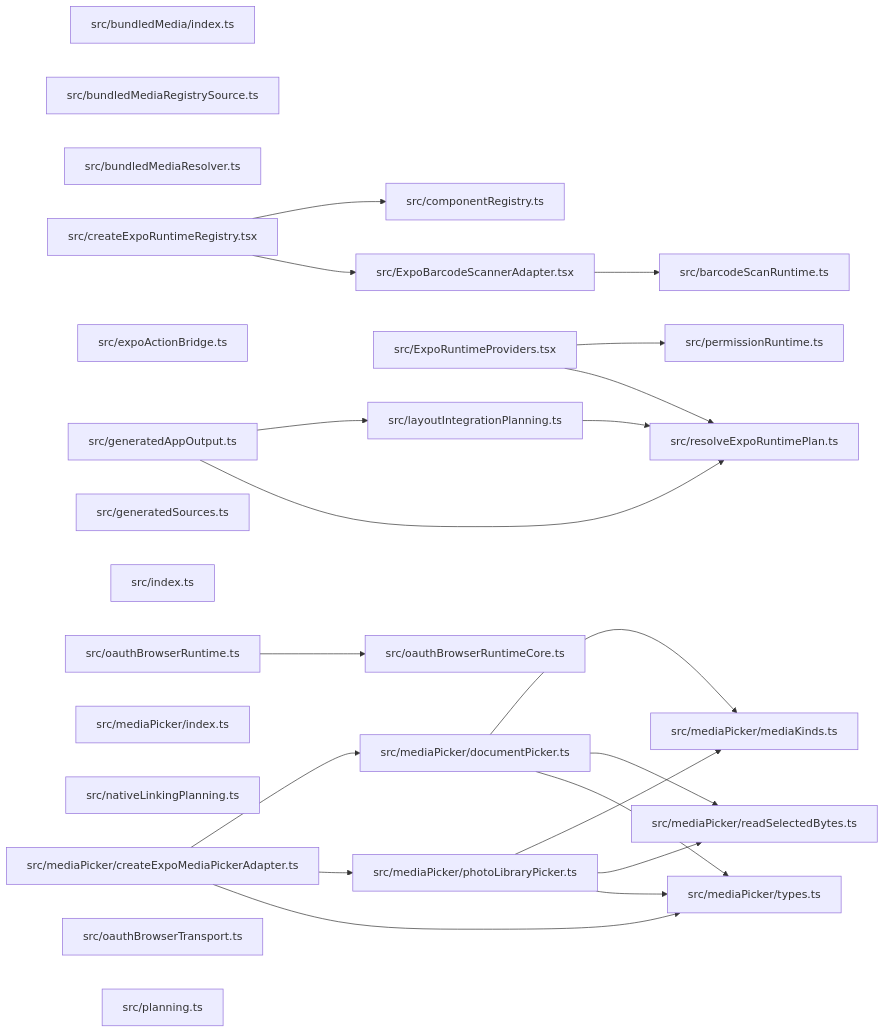
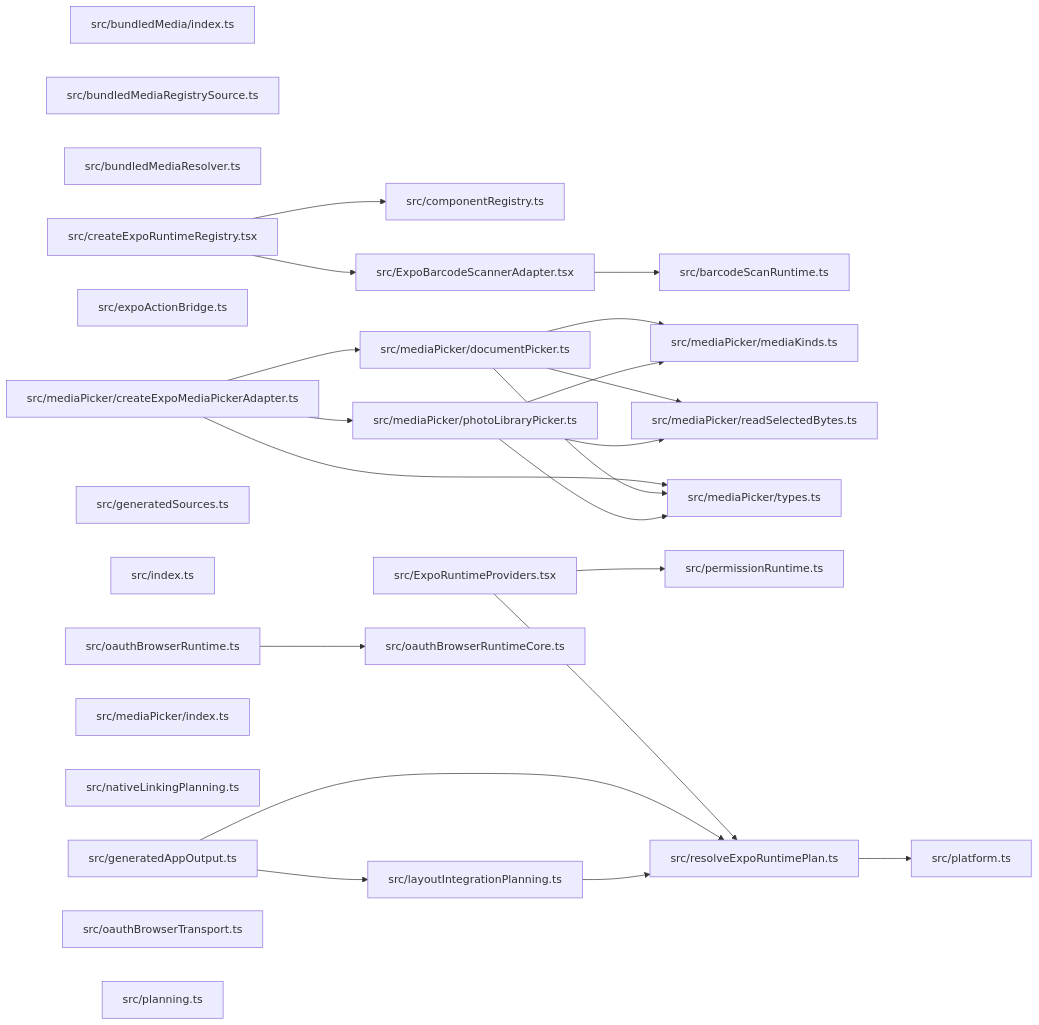
One commit to ankhorage/expo-runtime changed the diagram in paradox/diagrams/module-relationships.mmd. Above: the diagram before and after it, drawn with Mermaid. The commit also changed 33 other files, not shown here.

Commit message:
feat: establish Expo 57 platform authority

```diff
--- a/paradox/diagrams/module-relationships.mmd
+++ b/paradox/diagrams/module-relationships.mmd
@@ -1,46 +1,48 @@
 graph LR
   module_src_barcodeScanRuntime_ts["src/barcodeScanRuntime.ts"]
   module_src_bundledMedia_index_ts["src/bundledMedia/index.ts"]
   module_src_bundledMediaRegistrySource_ts["src/bundledMediaRegistrySource.ts"]
   module_src_bundledMediaResolver_ts["src/bundledMediaResolver.ts"]
   module_src_componentRegistry_ts["src/componentRegistry.ts"]
   module_src_createExpoRuntimeRegistry_tsx["src/createExpoRuntimeRegistry.tsx"]
   module_src_expoActionBridge_ts["src/expoActionBridge.ts"]
   module_src_ExpoBarcodeScannerAdapter_tsx["src/ExpoBarcodeScannerAdapter.tsx"]
   module_src_ExpoRuntimeProviders_tsx["src/ExpoRuntimeProviders.tsx"]
   module_src_generatedAppOutput_ts["src/generatedAppOutput.ts"]
   module_src_generatedSources_ts["src/generatedSources.ts"]
   module_src_index_ts["src/index.ts"]
   module_src_layoutIntegrationPlanning_ts["src/layoutIntegrationPlanning.ts"]
   module_src_mediaPicker_createExpoMediaPickerAdapter_ts["src/mediaPicker/createExpoMediaPickerAdapter.ts"]
   module_src_mediaPicker_documentPicker_ts["src/mediaPicker/documentPicker.ts"]
   module_src_mediaPicker_index_ts["src/mediaPicker/index.ts"]
   module_src_mediaPicker_mediaKinds_ts["src/mediaPicker/mediaKinds.ts"]
   module_src_mediaPicker_photoLibraryPicker_ts["src/mediaPicker/photoLibraryPicker.ts"]
   module_src_mediaPicker_readSelectedBytes_ts["src/mediaPicker/readSelectedBytes.ts"]
   module_src_mediaPicker_types_ts["src/mediaPicker/types.ts"]
   module_src_nativeLinkingPlanning_ts["src/nativeLinkingPlanning.ts"]
   module_src_oauthBrowserRuntime_ts["src/oauthBrowserRuntime.ts"]
   module_src_oauthBrowserRuntimeCore_ts["src/oauthBrowserRuntimeCore.ts"]
   module_src_oauthBrowserTransport_ts["src/oauthBrowserTransport.ts"]
   module_src_permissionRuntime_ts["src/permissionRuntime.ts"]
   module_src_planning_ts["src/planning.ts"]
+  module_src_platform_ts["src/platform.ts"]
   module_src_resolveExpoRuntimePlan_ts["src/resolveExpoRuntimePlan.ts"]
   module_src_createExpoRuntimeRegistry_tsx --> module_src_componentRegistry_ts
   module_src_createExpoRuntimeRegistry_tsx --> module_src_ExpoBarcodeScannerAdapter_tsx
   module_src_ExpoBarcodeScannerAdapter_tsx --> module_src_barcodeScanRuntime_ts
   module_src_ExpoRuntimeProviders_tsx --> module_src_permissionRuntime_ts
   module_src_ExpoRuntimeProviders_tsx --> module_src_resolveExpoRuntimePlan_ts
   module_src_generatedAppOutput_ts --> module_src_layoutIntegrationPlanning_ts
   module_src_generatedAppOutput_ts --> module_src_resolveExpoRuntimePlan_ts
   module_src_layoutIntegrationPlanning_ts --> module_src_resolveExpoRuntimePlan_ts
   module_src_mediaPicker_createExpoMediaPickerAdapter_ts --> module_src_mediaPicker_documentPicker_ts
   module_src_mediaPicker_createExpoMediaPickerAdapter_ts --> module_src_mediaPicker_photoLibraryPicker_ts
   module_src_mediaPicker_createExpoMediaPickerAdapter_ts --> module_src_mediaPicker_types_ts
   module_src_mediaPicker_documentPicker_ts --> module_src_mediaPicker_mediaKinds_ts
   module_src_mediaPicker_documentPicker_ts --> module_src_mediaPicker_readSelectedBytes_ts
   module_src_mediaPicker_documentPicker_ts --> module_src_mediaPicker_types_ts
   module_src_mediaPicker_photoLibraryPicker_ts --> module_src_mediaPicker_mediaKinds_ts
   module_src_mediaPicker_photoLibraryPicker_ts --> module_src_mediaPicker_readSelectedBytes_ts
   module_src_mediaPicker_photoLibraryPicker_ts --> module_src_mediaPicker_types_ts
   module_src_oauthBrowserRuntime_ts --> module_src_oauthBrowserRuntimeCore_ts
+  module_src_resolveExpoRuntimePlan_ts --> module_src_platform_ts
```
